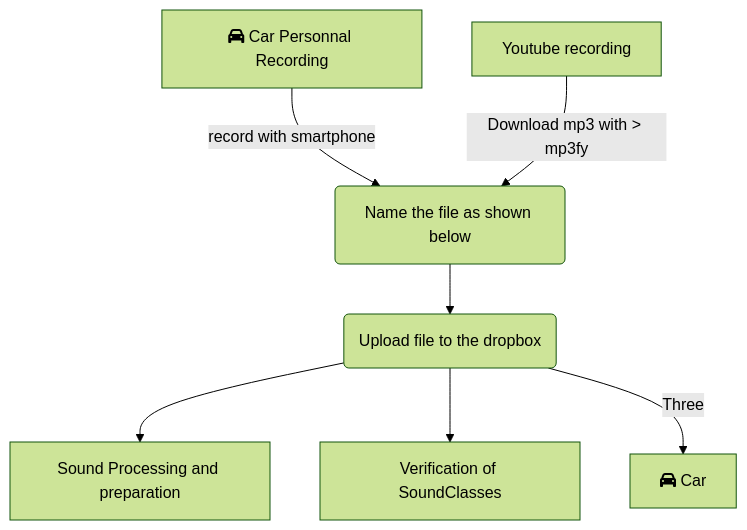
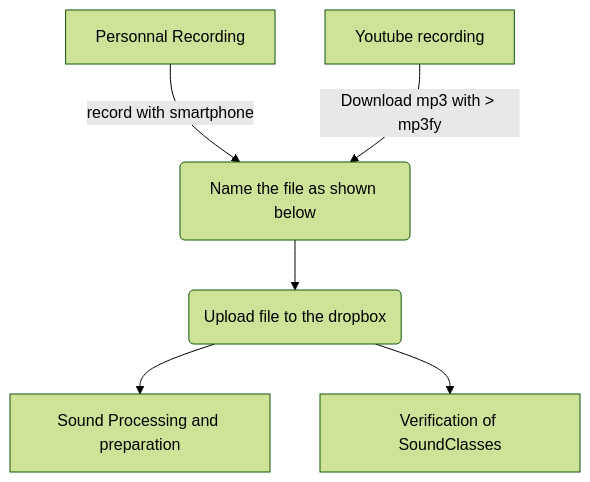
One commit to FrogBoss74/RealCatTranslator changed the diagram in README.md. Above: the diagram before and after it, drawn with Mermaid (forest theme). The commit also changed other lines of this file, not shown here.

Commit message:
README.md updated from https://stackedit.io/

````diff
--- a/README.md
+++ b/README.md
@@ -24,9 +24,8 @@
 ```mermaid
 graph TD
-A1[fa:fa-car Car Personnal Recording] -->|record with smartphone| B(Name the file as shown below)
+A1[Personnal Recording] -->|record with smartphone| B(Name the file as shown below)
 A2[Youtube recording] -->|Download mp3 with > mp3fy| B
 B --> C(Upload file to the dropbox)
 C -->D1[Sound Processing and preparation]
 C -->D2[Verification of SoundClasses]
-C -->|Three| F[fa:fa-car Car]
 ```
````
